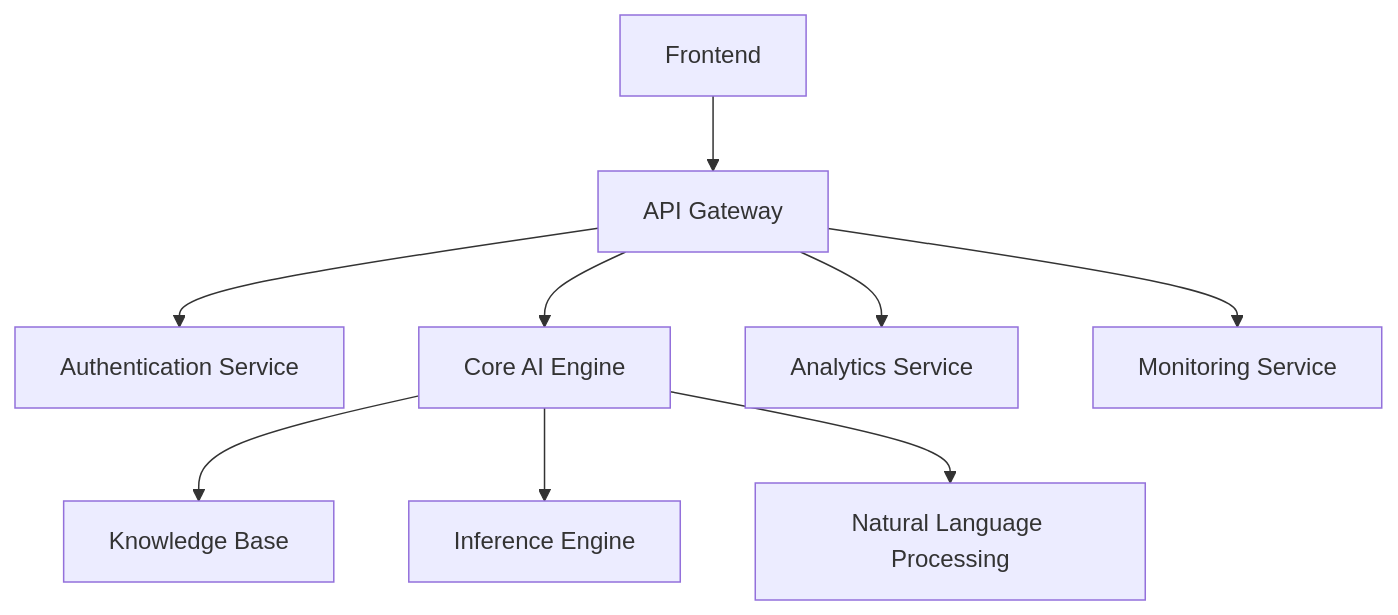
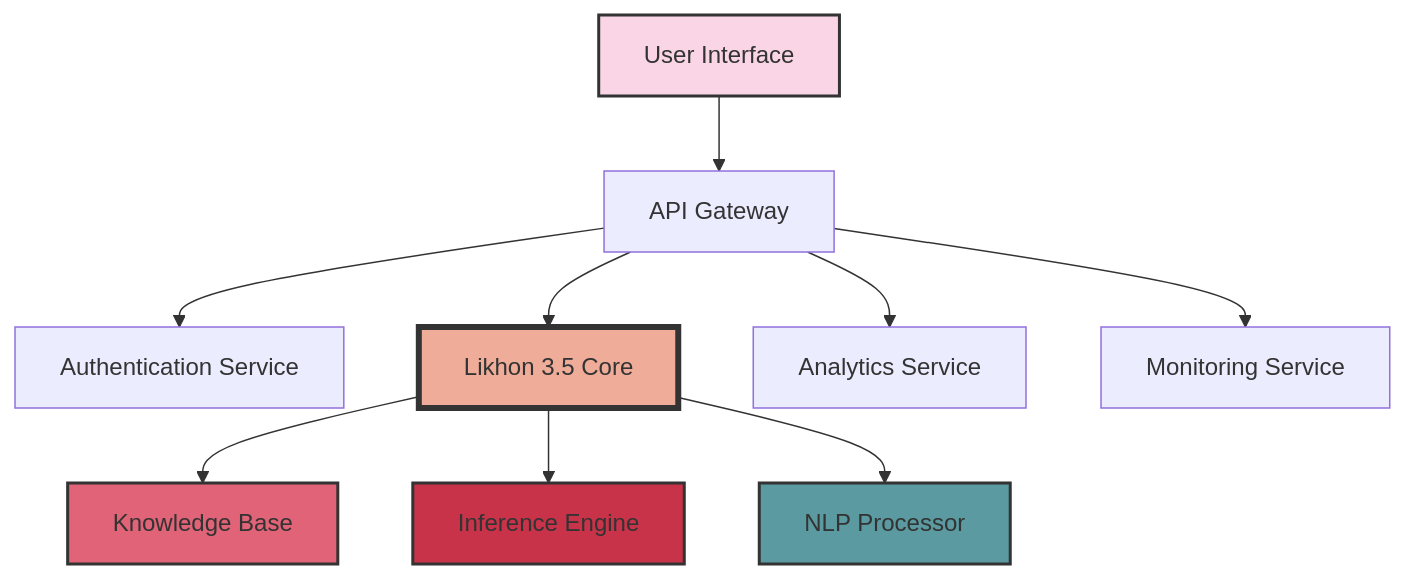
One commit to nectariferous/likhon-3.5 changed the first of 6 diagrams in README.md. Above: the diagram before and after it, drawn with Mermaid. The commit also changed other lines of this file, not shown here.

````diff
--- a/README.md
+++ b/README.md
@@ -50,11 +50,17 @@
 ```mermaid
 graph TD
-    A[Frontend] --> B[API Gateway]
+    A[User Interface] --> B[API Gateway]
     B --> C[Authentication Service]
-    B --> D[Core AI Engine]
+    B --> D[Likhon 3.5 Core]
     D --> E[Knowledge Base]
     D --> F[Inference Engine]
-    D --> G[Natural Language Processing]
+    D --> G[NLP Processor]
     B --> H[Analytics Service]
     B --> I[Monitoring Service]
+
+    style A fill:#f9d5e5,stroke:#333,stroke-width:2px
+    style D fill:#eeac99,stroke:#333,stroke-width:4px
+    style E fill:#e06377,stroke:#333,stroke-width:2px
+    style F fill:#c83349,stroke:#333,stroke-width:2px
+    style G fill:#5b9aa0,stroke:#333,stroke-width:2px
 ```
````
